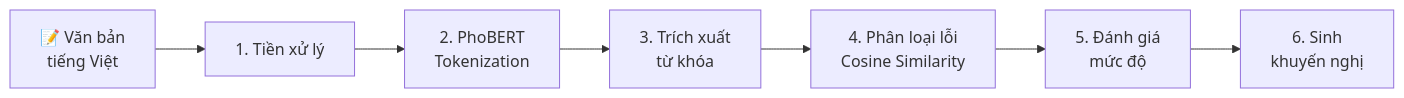
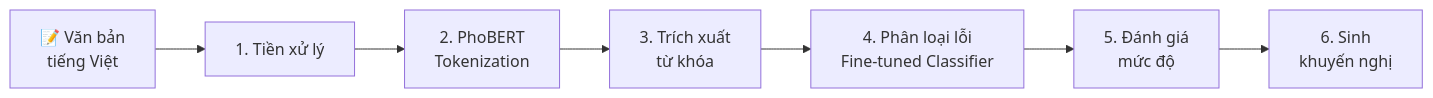
Before and after one commit to quynb5/NLP_Equipment_Fault_Analysis_System: the second of 4 diagrams in PROJECT_OVERVIEW.md, drawn with Mermaid. The commit also changed other lines of this file and 13 other files, not shown here.

````diff
--- a/PROJECT_OVERVIEW.md
+++ b/PROJECT_OVERVIEW.md
@@ -72,9 +166,9 @@
 ```mermaid
 graph LR
     A["📝 Văn bản<br/>tiếng Việt"] --> B["1. Tiền xử lý"]
     B --> C["2. PhoBERT<br/>Tokenization"]
     C --> D["3. Trích xuất<br/>từ khóa"]
-    D --> E["4. Phân loại lỗi<br/>Cosine Similarity"]
+    D --> E["4. Phân loại lỗi<br/>Fine-tuned Classifier"]
     E --> F["5. Đánh giá<br/>mức độ"]
     F --> G["6. Sinh<br/>khuyến nghị"]
 ```
````
